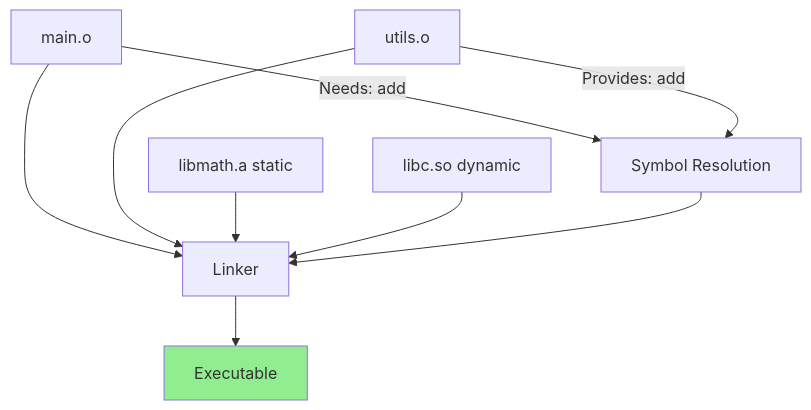
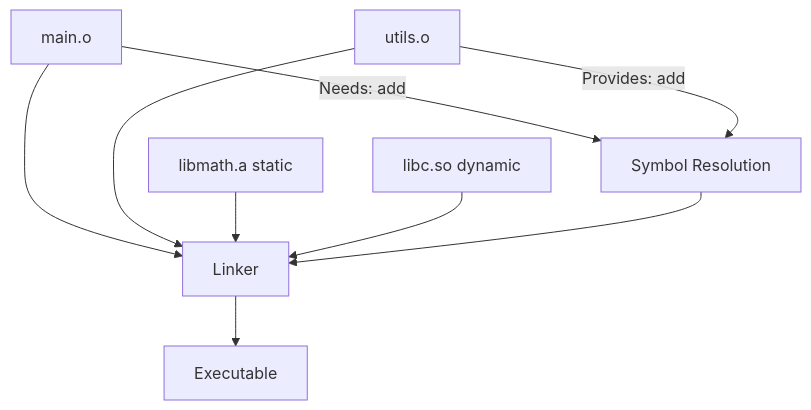
The diagram in docs/programming/cpp/01-toolchain-and-build/linking.md (AndriiSonsiadlo/knowledge-base), drawn with Mermaid before and after one commit. The commit also changed 6 other files, not shown here.

Commit message:
style (C++): drop hardcoded mermaid fills in overview and toolchain diagrams

````diff
--- a/docs/programming/cpp/01-toolchain-and-build/linking.md
+++ b/docs/programming/cpp/01-toolchain-and-build/linking.md
@@ -19,14 +19,13 @@
 ```mermaid
 graph TD
     A[main.o] --> E[Linker]
     B[utils.o] --> E
     C[libmath.a static] --> E
     D[libc.so dynamic] --> E
     E --> F[Executable]
     
     A -->|Needs: add| G[Symbol Resolution]
     B -->|Provides: add| G
     G --> E
     
-    style F fill:#90EE90
 ```
````
